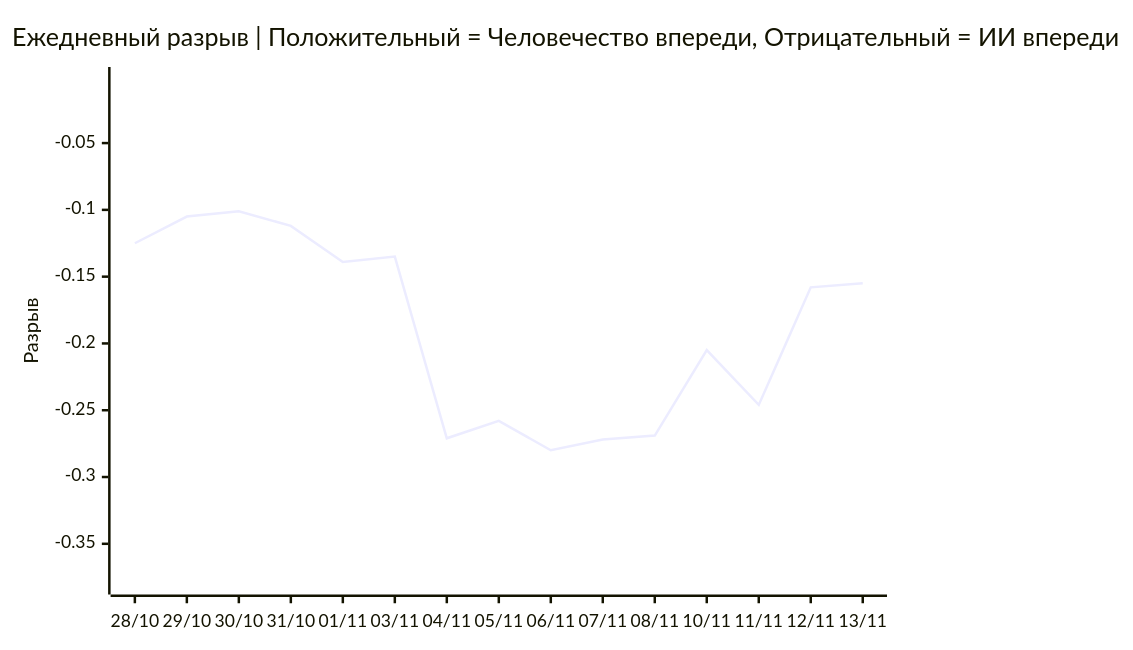
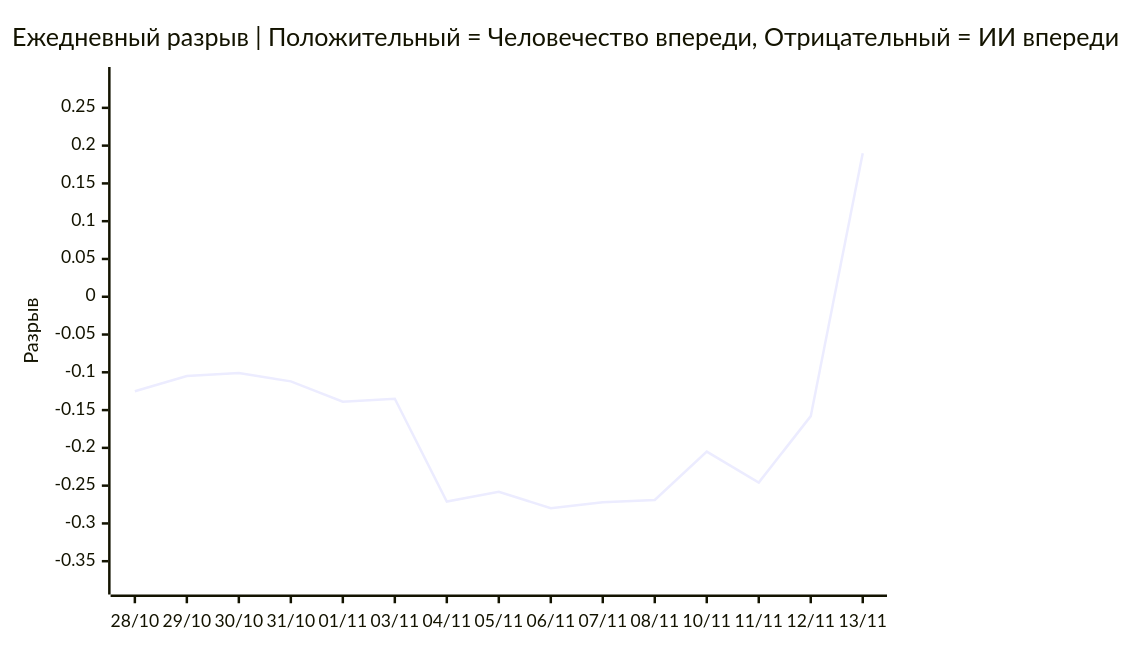
The third of 3 diagrams in README.ru.md (VQQLK/Human-AI-Monitor), drawn with Mermaid before and after one commit. The commit also changed other lines of this file and 4 other files, not shown here.

````diff
--- a/README.ru.md
+++ b/README.ru.md
@@ -54,7 +54,7 @@
 ```mermaid
 xychart-beta
     title "Ежедневный разрыв | Положительный = Человечество впереди, Отрицательный = ИИ впереди"
     x-axis ["28/10", "29/10", "30/10", "31/10", "01/11", "03/11", "04/11", "05/11", "06/11", "07/11", "08/11", "10/11", "11/11", "12/11", "13/11"]
-    y-axis "Разрыв" -0.380 --> -0.001
-    line [-0.125, -0.105, -0.101, -0.112, -0.139, -0.135, -0.271, -0.258, -0.280, -0.272, -0.269, -0.205, -0.246, -0.158, -0.155]
+    y-axis "Разрыв" -0.380 --> 0.290
+    line [-0.125, -0.105, -0.101, -0.112, -0.139, -0.135, -0.271, -0.258, -0.280, -0.272, -0.269, -0.205, -0.246, -0.158, 0.190]
 ```
````
